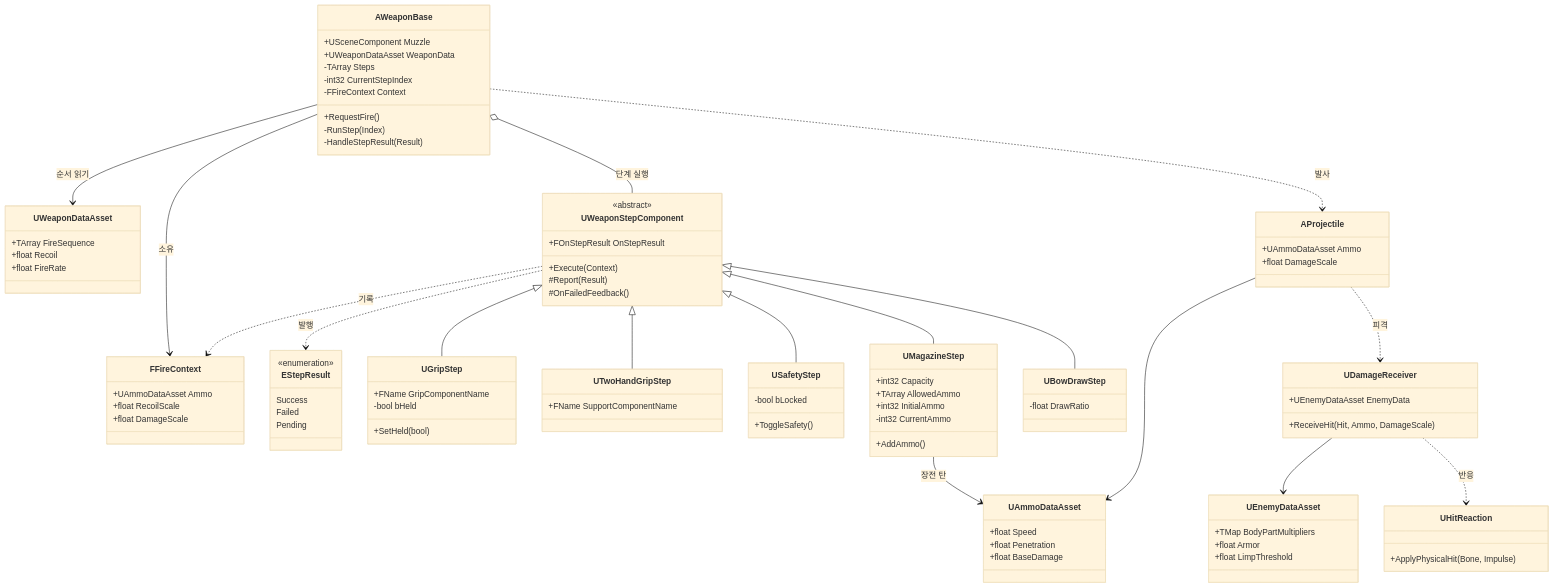
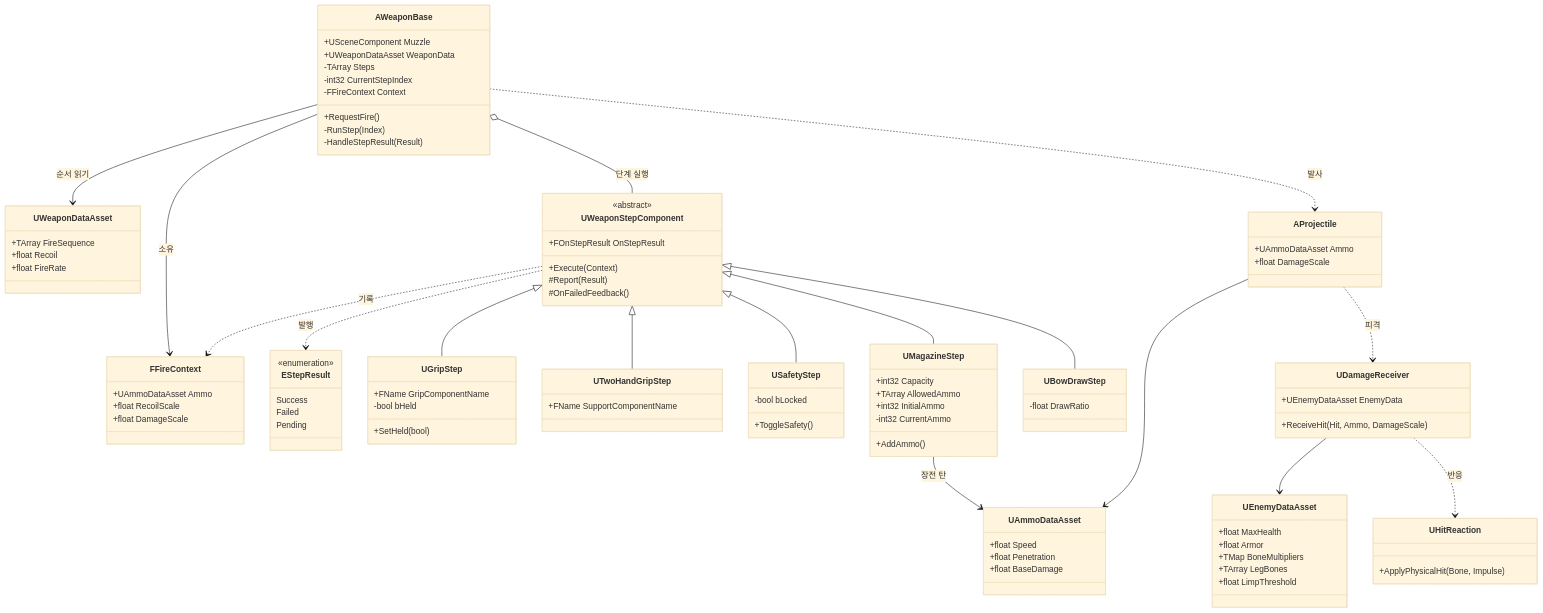
Before and after one commit to SeonghunChoi/FirstVR: the diagram in Docs/PLAN.md, drawn with Mermaid (base theme). The commit also changed other lines of this file and 133 other files, not shown here.

```diff
--- a/Docs/PLAN.md
+++ b/Docs/PLAN.md
@@ -184,8 +184,10 @@
   +ReceiveHit(Hit, Ammo, DamageScale)
 }
 class UEnemyDataAsset {
-  +TMap BodyPartMultipliers
+  +float MaxHealth
   +float Armor
+  +TMap BoneMultipliers
+  +TArray LegBones
   +float LimpThreshold
 }
 class UHitReaction {
```
